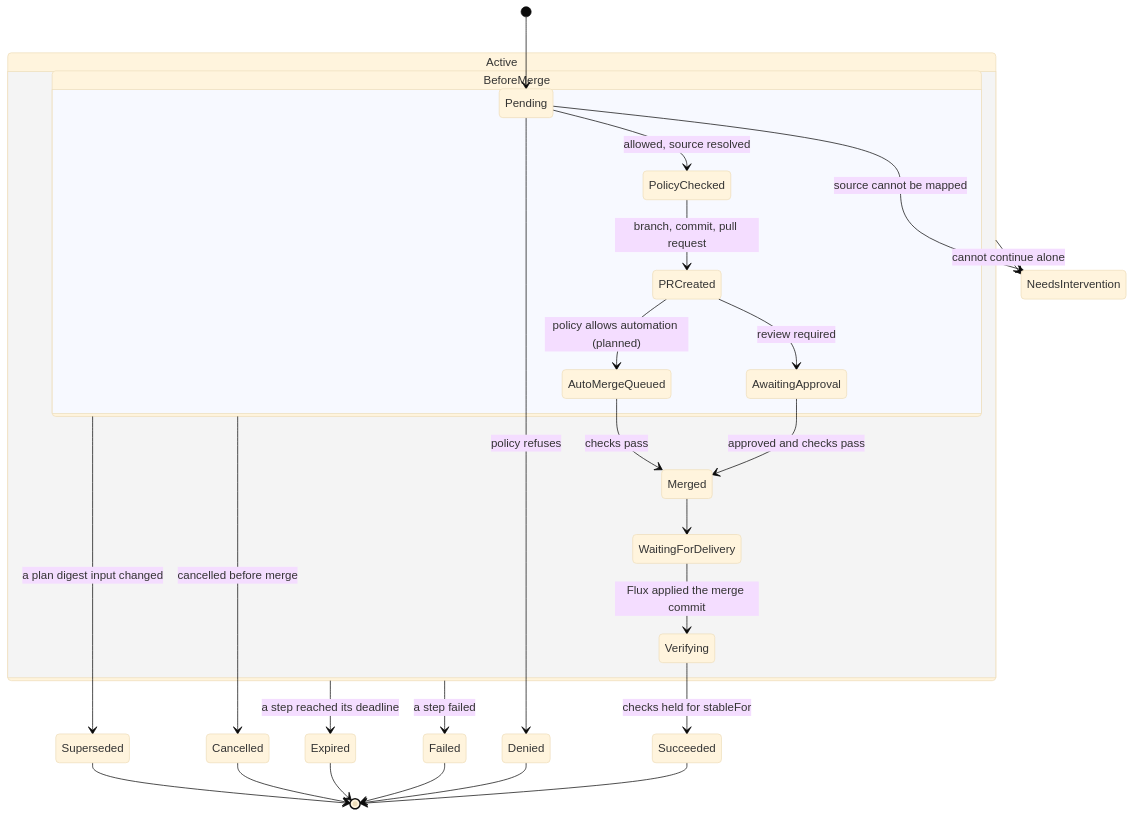
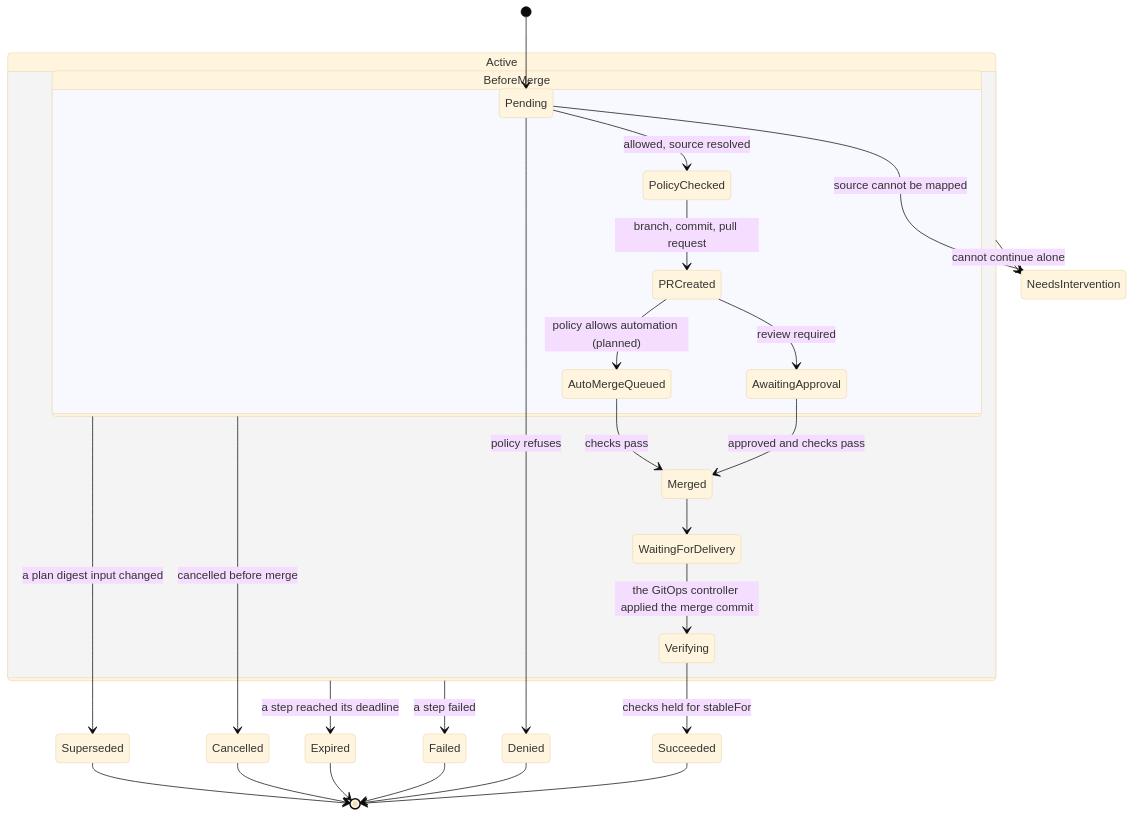
The third of 5 diagrams in docs/design.md (pkalin/shadewright), drawn with Mermaid (base theme) before and after one commit. The commit also changed other lines of this file and 3 other files, not shown here.

First line of the commit message:
docs: name the GitOps controller generically in the architecture diagram (#187)

````diff
--- a/docs/design.md
+++ b/docs/design.md
@@ -359,30 +359,30 @@
 ```mermaid
 stateDiagram-v2
     [*] --> Pending
     state Active {
         state BeforeMerge {
             Pending --> PolicyChecked: allowed, source resolved
             PolicyChecked --> PRCreated: branch, commit, pull request
             PRCreated --> AwaitingApproval: review required
             PRCreated --> AutoMergeQueued: policy allows automation (planned)
             AwaitingApproval --> Merged: approved and checks pass
             AutoMergeQueued --> Merged: checks pass
         }
         Merged --> WaitingForDelivery
-        WaitingForDelivery --> Verifying: Flux applied the merge commit
+        WaitingForDelivery --> Verifying: the GitOps controller applied the merge commit
     }
     Pending --> Denied: policy refuses
     Pending --> NeedsIntervention: source cannot be mapped
     Verifying --> Succeeded: checks held for stableFor
     BeforeMerge --> Cancelled: cancelled before merge
     BeforeMerge --> Superseded: a plan digest input changed
     Active --> Expired: a step reached its deadline
     Active --> Failed: a step failed
     Active --> NeedsIntervention: cannot continue alone
     Succeeded --> [*]
     Denied --> [*]
     Failed --> [*]
     Expired --> [*]
     Cancelled --> [*]
     Superseded --> [*]
 ```
````
